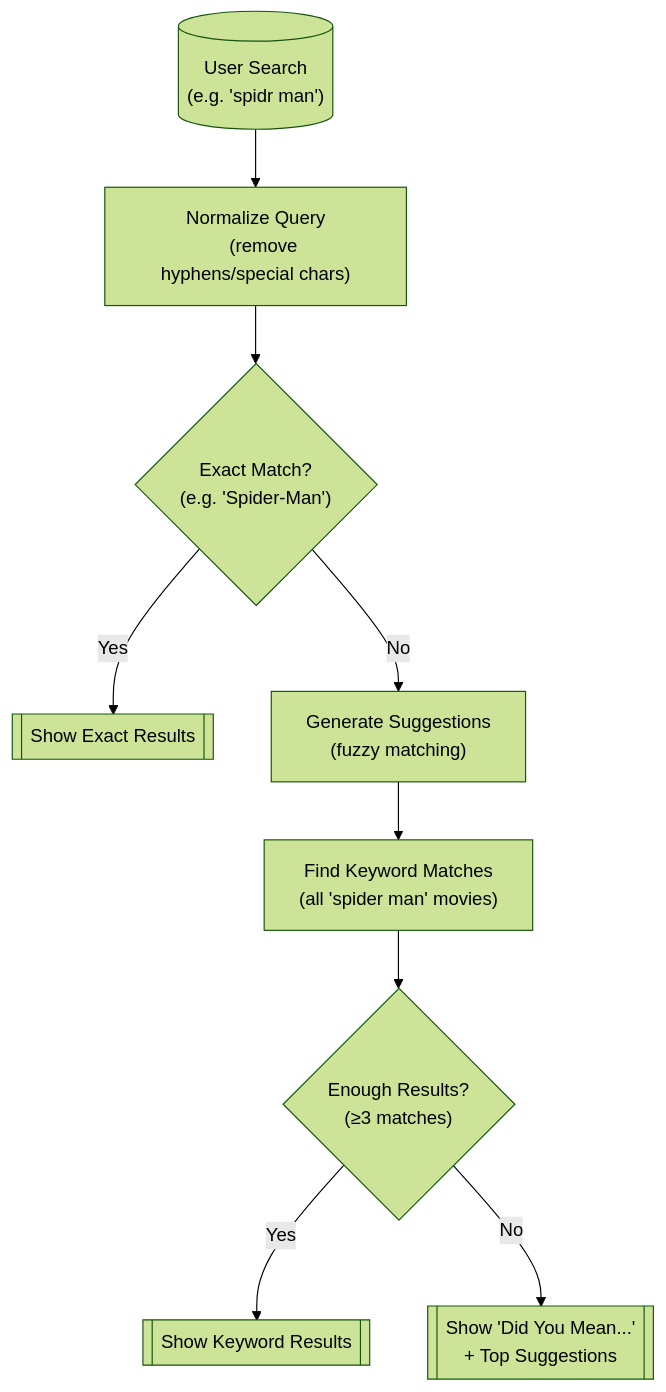
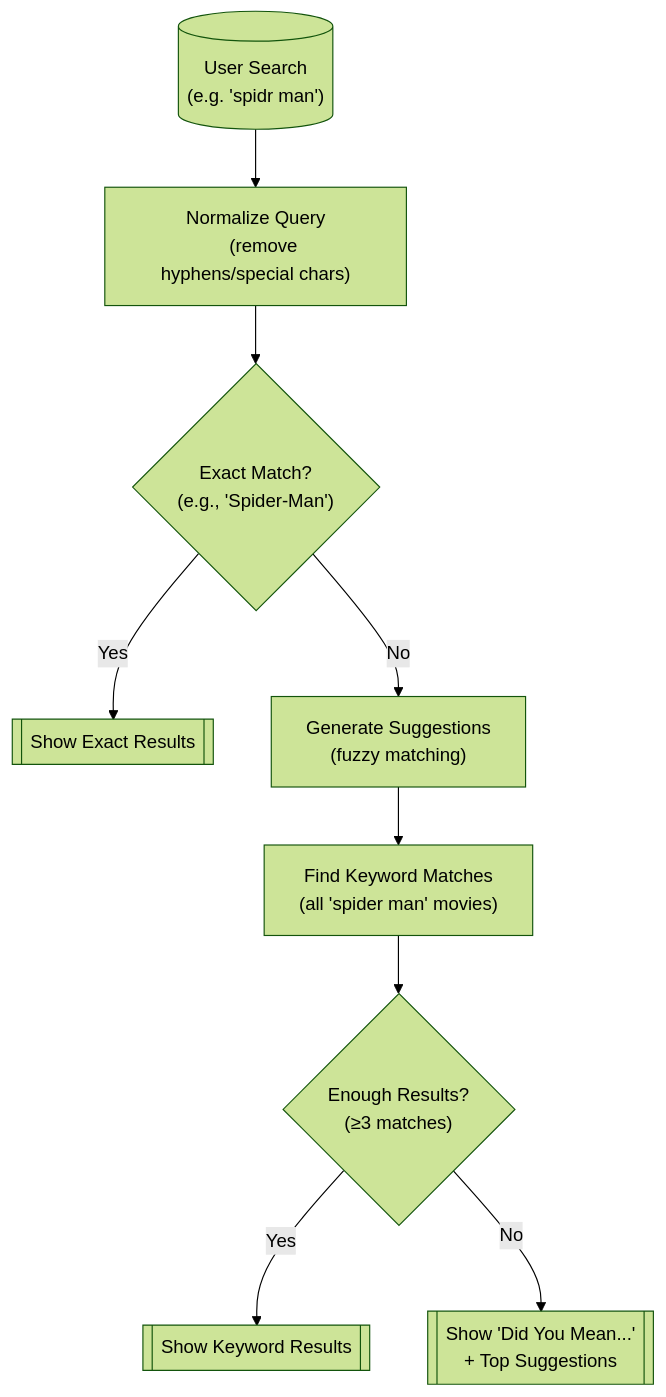
One commit to tshihab07/Movie-Recommendation-System changed the first of 2 diagrams in README.md. Above: the diagram before and after it, drawn with Mermaid (forest theme). The commit also changed other lines of this file, not shown here.

````diff
--- a/README.md
+++ b/README.md
@@ -48,18 +49,18 @@
 ```mermaid
 graph TD
     A[("User Search 
     (e.g. 'spidr man')")] --> B["Normalize Query
     (remove hyphens/special chars)"]
     B --> C{"Exact Match?
-    (e.g. 'Spider-Man')"}
+    (e.g., 'Spider-Man')"}
     C -->|Yes| D[["Show Exact Results"]]
     C -->|No| E["Generate Suggestions
     (fuzzy matching)"]
     E --> F["Find Keyword Matches
     (all 'spider man' movies)"]
     F --> G{"Enough Results?
     (≥3 matches)"}
     G -->|Yes| H[["Show Keyword Results"]]
     G -->|No| I[["Show 'Did You Mean...' 
     + Top Suggestions"]]
 ```
````
